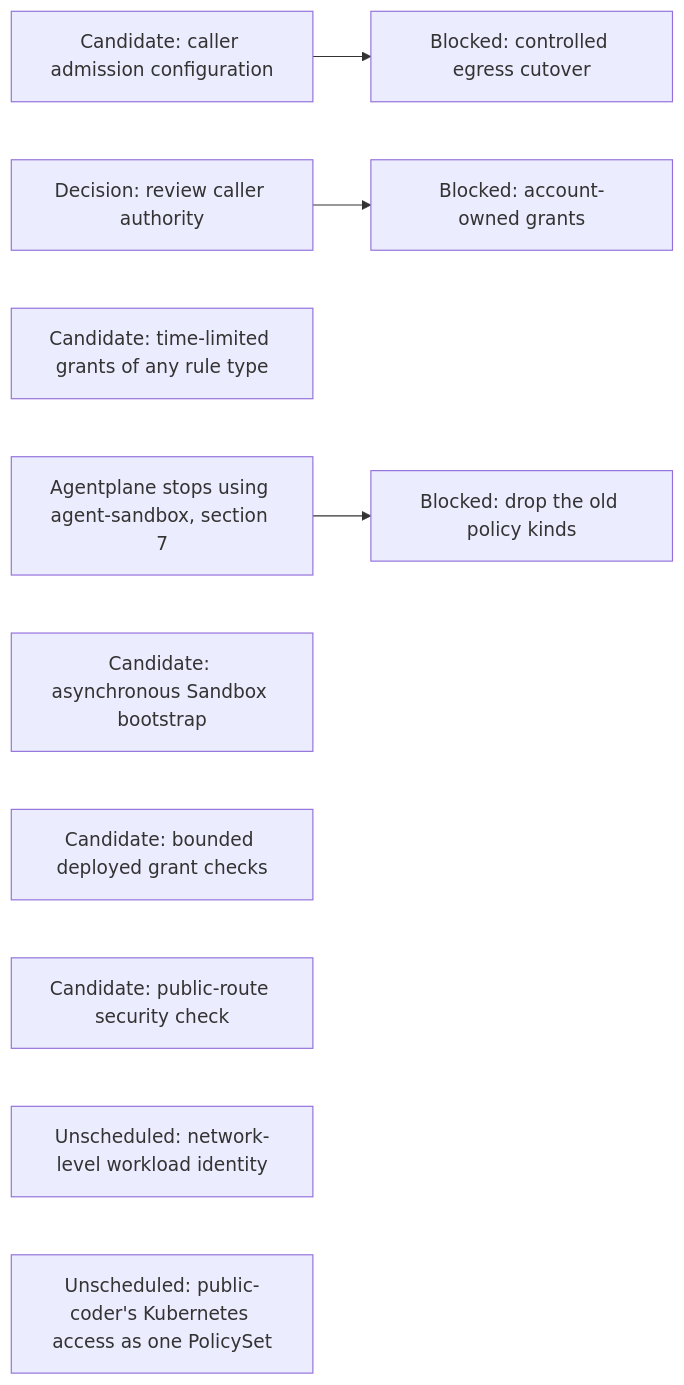
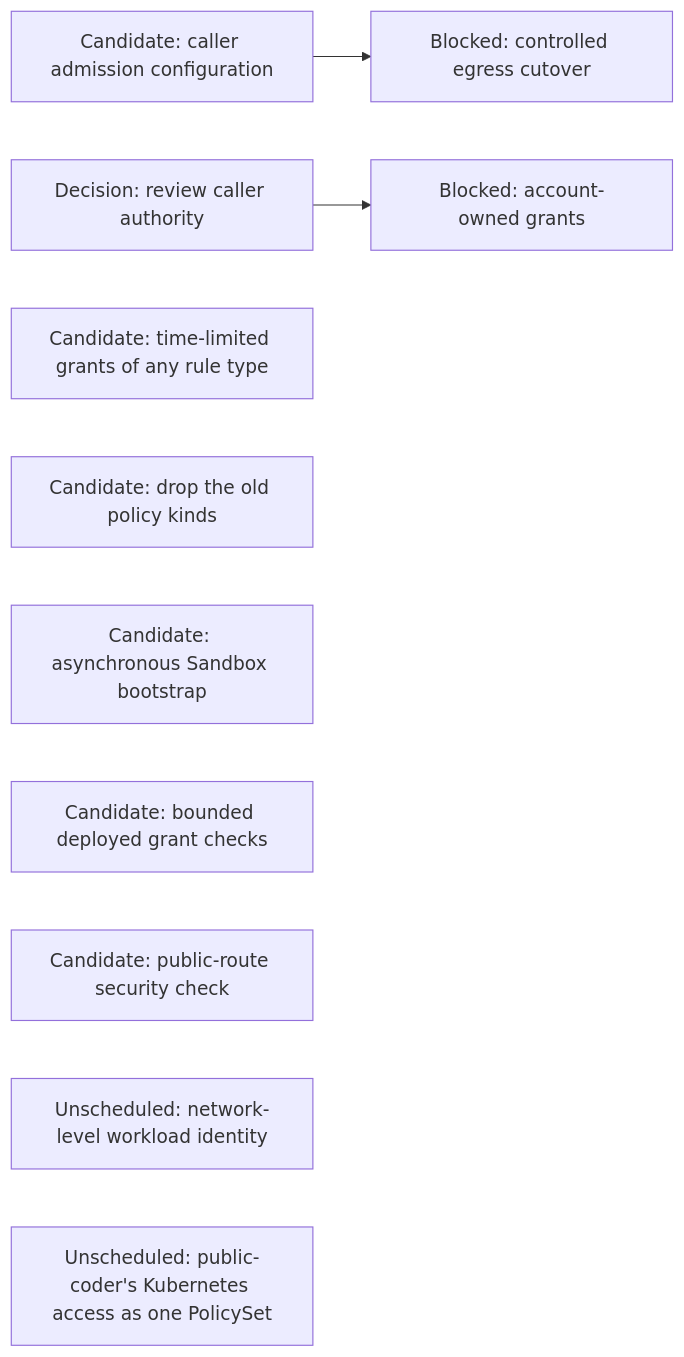
Before and after one commit to agentydragon-agent/ducktape: the eighth of 15 diagrams in agentplane/plans/task_dag.md, drawn with Mermaid. The commit also changed other lines of this file and 162 other files, not shown here.

````diff
--- a/agentplane/plans/task_dag.md
+++ b/agentplane/plans/task_dag.md
@@ -477,12 +476,12 @@
 ```mermaid
 flowchart LR
     PC_EGRESS_CREDENTIALS[Candidate: caller admission configuration] --> PC_EGRESS[Blocked: controlled egress cutover]
     CLAUDE_AI_SA[Decision: review caller authority] --> MANAGED_SA_RBAC[Blocked: account-owned grants]
     POLICY_RUNTIME_GRANTS[Candidate: time-limited grants of any rule type]
-    AGENT_SANDBOX_RETIRE[Agentplane stops using agent-sandbox, section 7] --> OLD_POLICY_KINDS_DROP[Blocked: drop the old policy kinds]
+    OLD_POLICY_KINDS_DROP[Candidate: drop the old policy kinds]
     BOOTSTRAP_PROGRESS_CONTRACT[Candidate: asynchronous Sandbox bootstrap]
     SANDBOX_RBAC[Candidate: bounded deployed grant checks]
     NOTIFICATION_INGRESS_BOUNDARY[Candidate: public-route security check]
     NETWORK_WORKLOAD_IDENTITY[Unscheduled: network-level workload identity]
     PC_KUBERNETES_POLICY_SET[Unscheduled: public-coder's Kubernetes access as one PolicySet]
 ```
````
